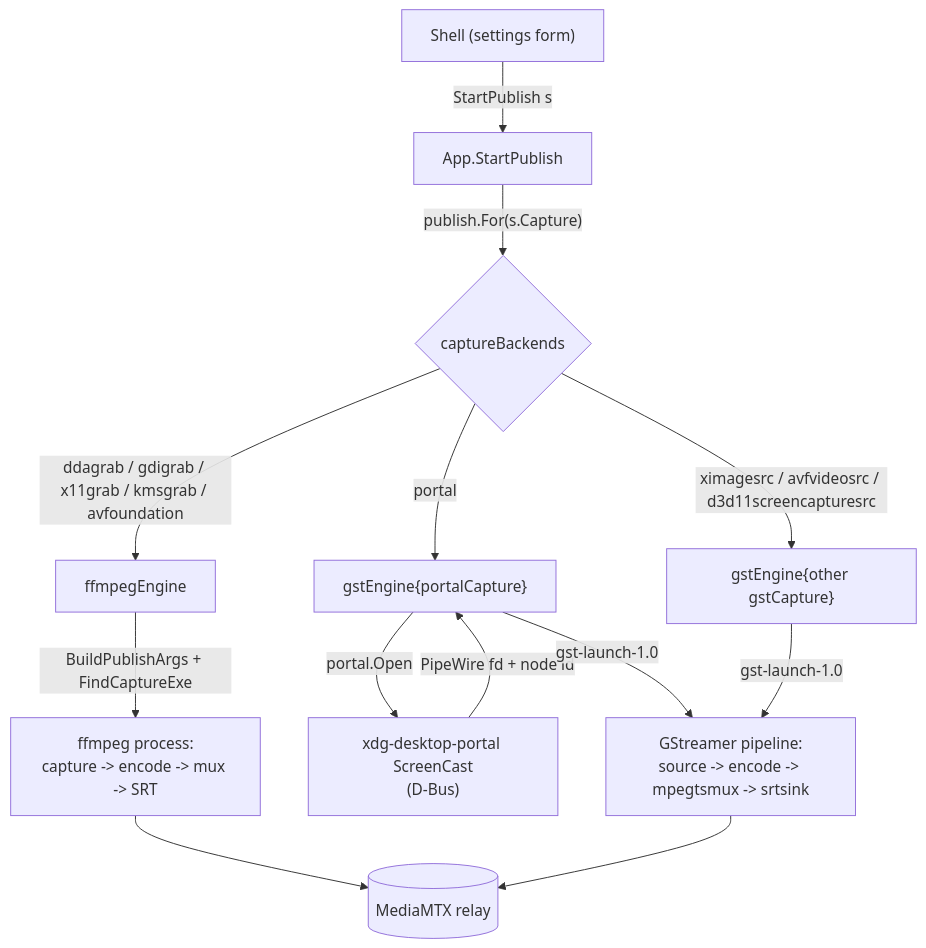
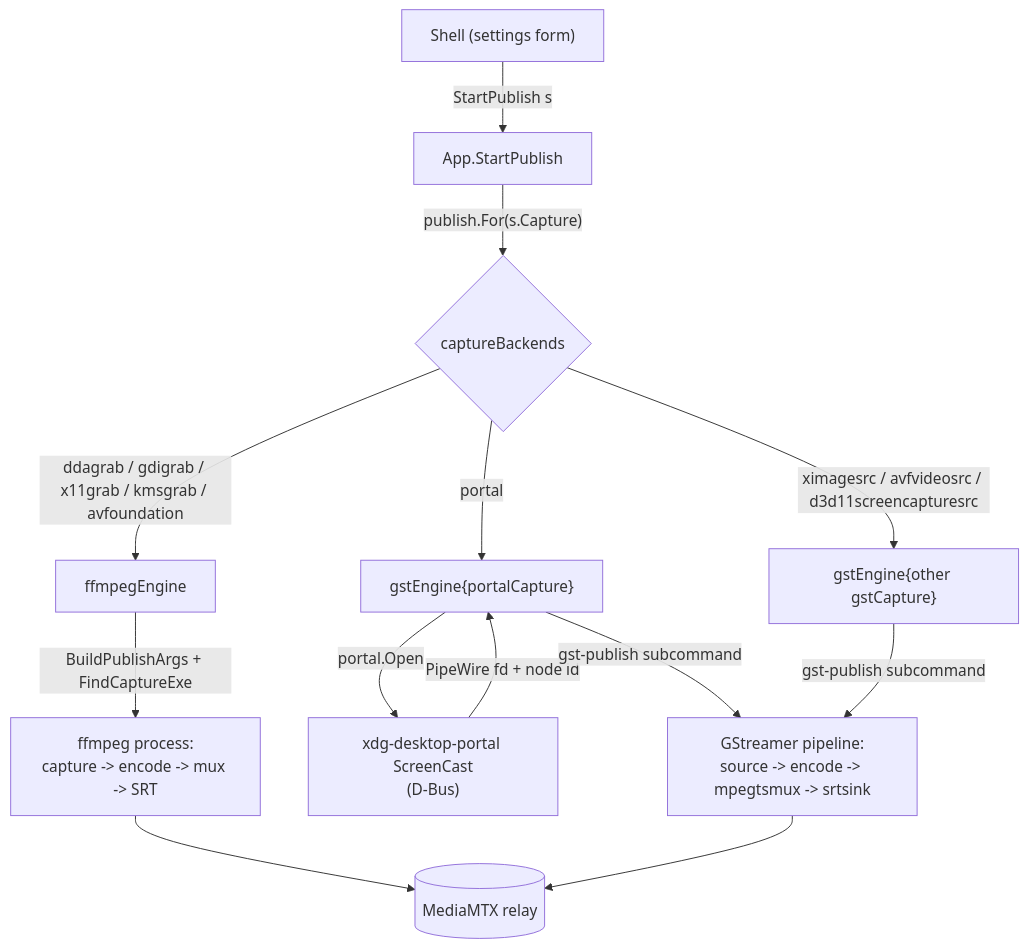
One commit to bjoern621/screen-sharing changed the diagram in docs/capture-architecture.md. Above: the diagram before and after it, drawn with Mermaid. The commit also changed other lines of this file and 212 other files, not shown here.

````diff
--- a/docs/capture-architecture.md
+++ b/docs/capture-architecture.md
@@ -14,15 +14,15 @@
 ```mermaid
 flowchart TD
     UI["Shell (settings form)"] -->|StartPublish s| App["App.StartPublish"]
     App -->|"publish.For(s.Capture)"| Reg{"captureBackends"}
     Reg -->|ddagrab / gdigrab / x11grab / kmsgrab / avfoundation| FE["ffmpegEngine"]
     Reg -->|portal| GP["gstEngine{portalCapture}"]
     Reg -->|ximagesrc / avfvideosrc / d3d11screencapturesrc| GX["gstEngine{other gstCapture}"]
     FE -->|"BuildPublishArgs + FindCaptureExe"| FF["ffmpeg process:<br/>capture -> encode -> mux -> SRT"]
     GP -->|portal.Open| PortalSvc["xdg-desktop-portal ScreenCast<br/>(D-Bus)"]
     PortalSvc -->|PipeWire fd + node id| GP
-    GP -->|gst-launch-1.0| GST["GStreamer pipeline:<br/>source -> encode -> mpegtsmux -> srtsink"]
-    GX -->|gst-launch-1.0| GST
+    GP -->|gst-publish subcommand| GST["GStreamer pipeline:<br/>source -> encode -> mpegtsmux -> srtsink"]
+    GX -->|gst-publish subcommand| GST
     FF --> Relay[("MediaMTX relay")]
     GST --> Relay
 ```
````
